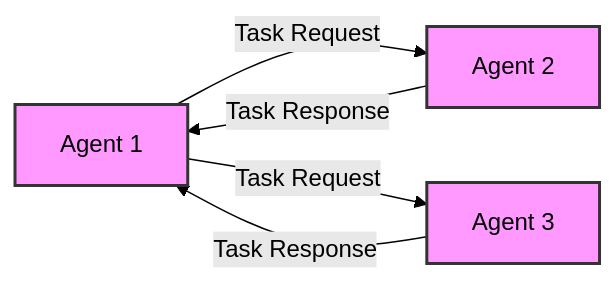
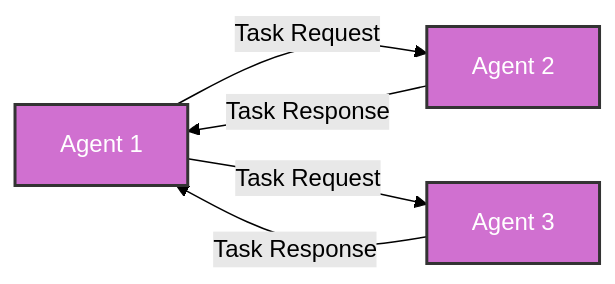
One commit to DamienBench/a2a-mcp-webhook-workshop changed the first of 8 diagrams in workshop.md. Above: the diagram before and after it, drawn with Mermaid (forest theme). The commit also changed other lines of this file and 1 other file, not shown here.

Commit message:
update mermaid chart colors for readability

````diff
--- a/workshop.md
+++ b/workshop.md
@@ -47,11 +47,11 @@
 ```mermaid
 graph LR
     Agent1[Agent 1] -->|Task Request| Agent2[Agent 2]
     Agent2 -->|Task Response| Agent1
     Agent1 -->|Task Request| Agent3[Agent 3]
     Agent3 -->|Task Response| Agent1
     
     class Agent1,Agent2,Agent3 agent;
     
-    classDef agent fill:#f9f,stroke:#333,stroke-width:2px;
+    classDef agent fill:#d070d0,stroke:#333,stroke-width:2px,color:#fff;
 ```
````
